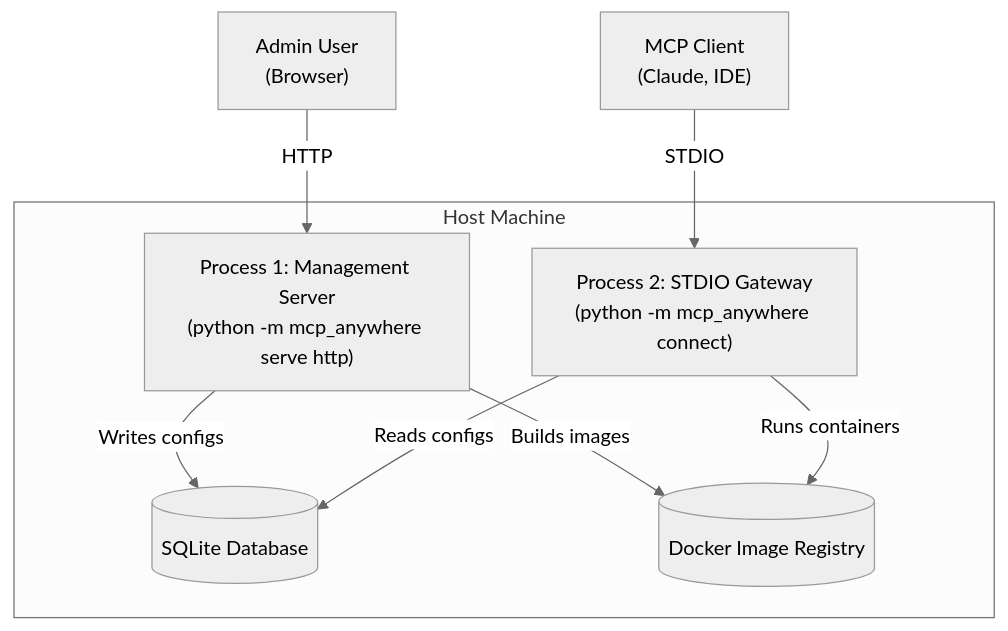
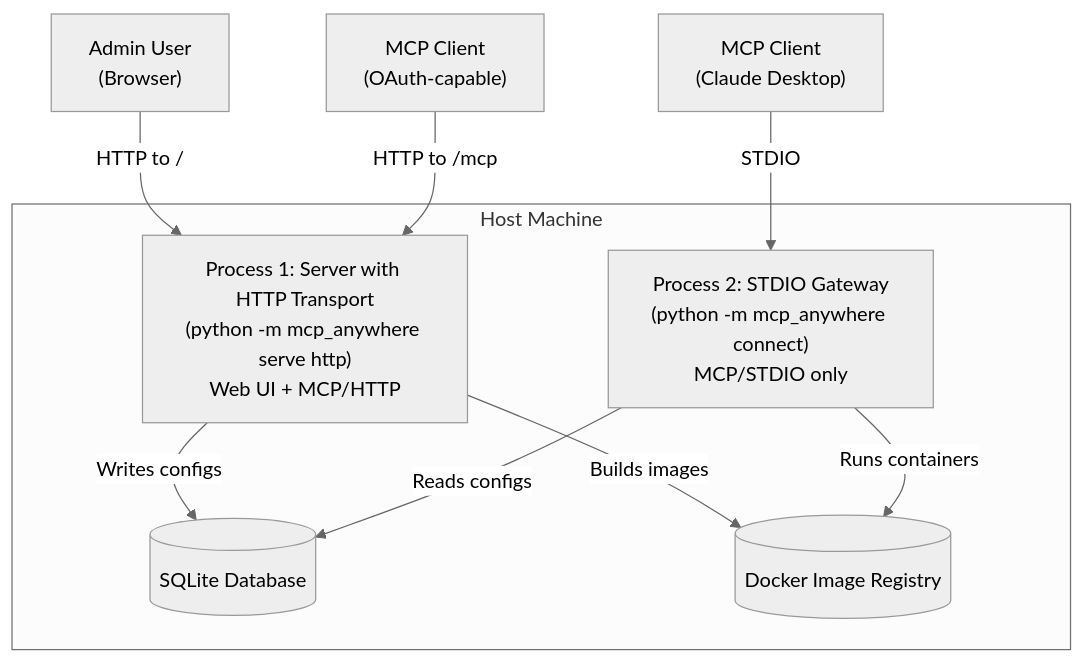
Before and after one commit to locomotive-agency/mcp-router: the diagram in engineering_plan.md, drawn with Mermaid (neutral theme). The commit also changed 27 other files, not shown here.

````diff
--- a/engineering_plan.md
+++ b/engineering_plan.md
@@ -22,18 +22,19 @@
 ```mermaid
 graph TD
     subgraph "Host Machine"
-        P1["Process 1: Management Server<br/>(python -m mcp_anywhere serve http)"]
-        P2["Process 2: STDIO Gateway<br/>(python -m mcp_anywhere connect)"]
+        P1["Process 1: Server with HTTP Transport<br/>(python -m mcp_anywhere serve http)<br/>Web UI + MCP/HTTP"]
+        P2["Process 2: STDIO Gateway<br/>(python -m mcp_anywhere connect)<br/>MCP/STDIO only"]
         DB[(SQLite Database)]
         DOCKER[("Docker Image Registry")]
         
         P1 -->|"Writes configs"| DB
         P1 -->|"Builds images"| DOCKER
         
         P2 -->|"Reads configs"| DB
         P2 -->|"Runs containers"| DOCKER
     end
     
-    ADMIN["Admin User<br/>(Browser)"] -->|"HTTP"| P1
-    CLIENT["MCP Client<br/>(Claude, IDE)"] -->|"STDIO"| P2
+    ADMIN["Admin User<br/>(Browser)"] -->|"HTTP to /"| P1
+    CLIENT1["MCP Client<br/>(OAuth-capable)"] -->|"HTTP to /mcp"| P1
+    CLIENT2["MCP Client<br/>(Claude Desktop)"] -->|"STDIO"| P2
 ```
````
